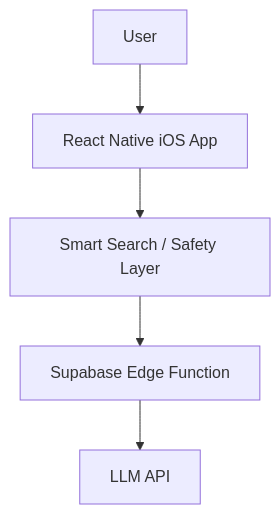
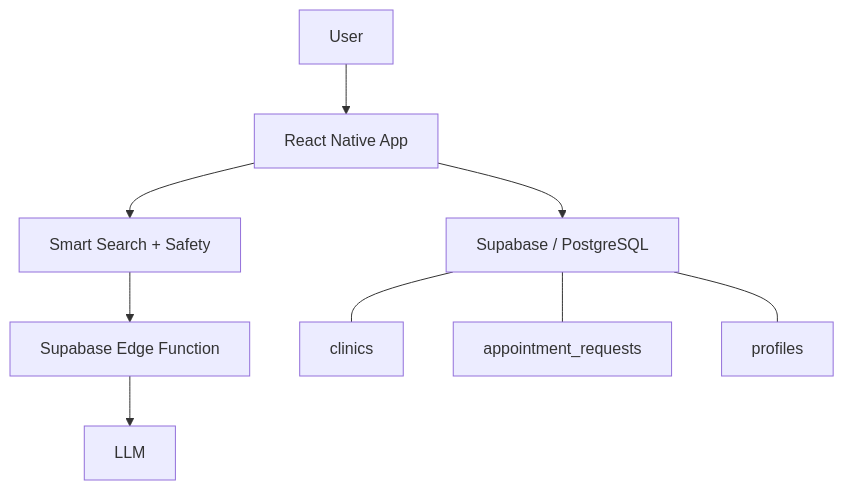
Before and after one commit to iRageQQ/meditrina-ai-mvp: the diagram in README.md, drawn with Mermaid. The commit also changed other lines of this file, not shown here.

````diff
--- a/README.md
+++ b/README.md
@@ -139,13 +53,19 @@
 ```mermaid
 flowchart TD
   user[User]
-  app[React Native iOS App]
-  safety[Smart Search / Safety Layer]
+  app[React Native App]
+  safety[Smart Search + Safety]
   edge[Supabase Edge Function]
-  llm[LLM API]
+  llm[LLM]
+  supabase[Supabase / PostgreSQL]
 
   user --> app
   app --> safety
   safety --> edge
   edge --> llm
+  app --> supabase
+
+  supabase --- clinics[clinics]
+  supabase --- requests[appointment_requests]
+  supabase --- profiles[profiles]
 ```
````
